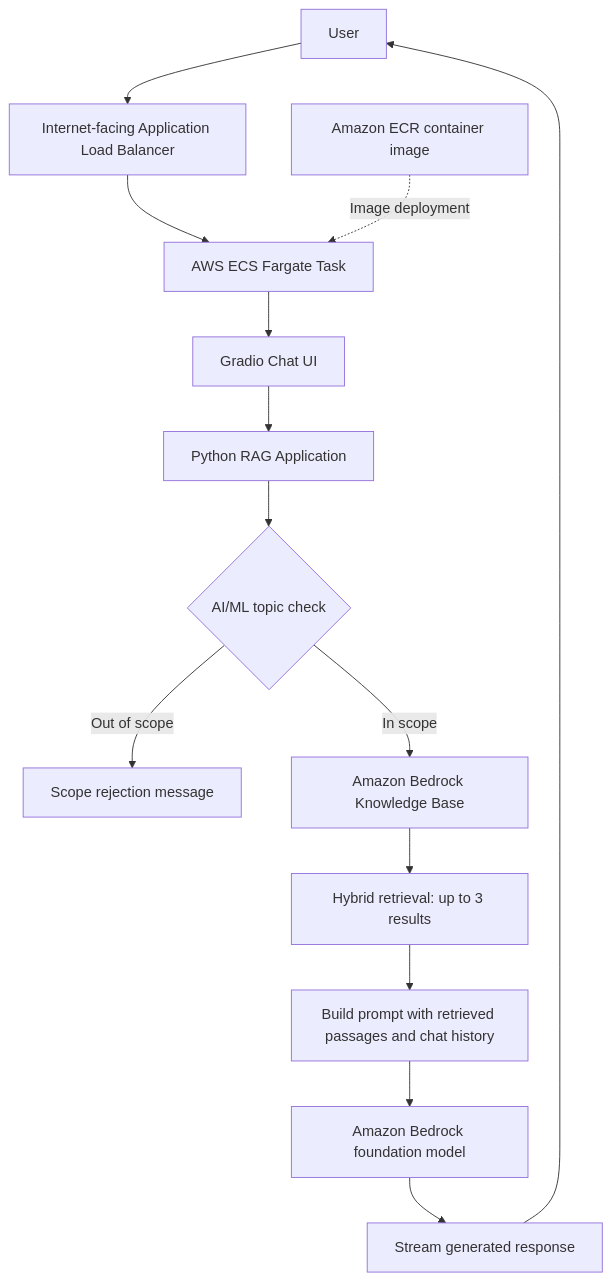
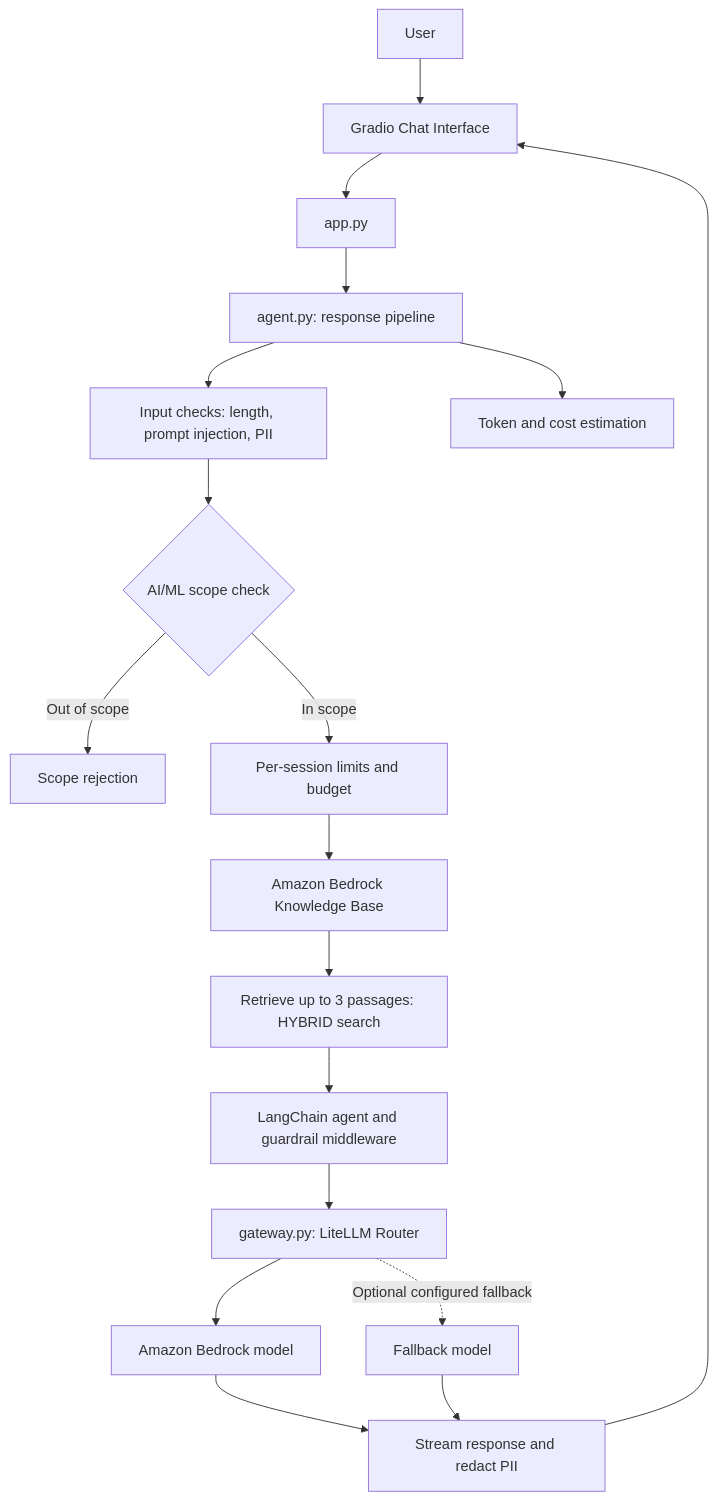
The diagram in README.md (utkarshsingh171/aws_production_ready_rag), drawn with Mermaid before and after one commit. The commit also changed other lines of this file, not shown here.

````diff
--- a/README.md
+++ b/README.md
@@ -21,16 +21,20 @@
 ```mermaid
 flowchart TD
-    U[User] --> ALB[Internet-facing Application Load Balancer]
-    ALB --> ECS[AWS ECS Fargate Task]
-    ECS --> G[Gradio Chat UI]
-    G --> A[Python RAG Application]
-    A --> S{AI/ML topic check}
-    S -- Out of scope --> R[Scope rejection message]
-    S -- In scope --> KB[Amazon Bedrock Knowledge Base]
-    KB --> V[Hybrid retrieval: up to 3 results]
-    V --> P[Build prompt with retrieved passages and chat history]
-    P --> L[Amazon Bedrock foundation model]
-    L --> ST[Stream generated response]
-    ST --> U
-    ECR[Amazon ECR container image] -. Image deployment .-> ECS
+    U[User] --> UI[Gradio Chat Interface]
+    UI --> APP[app.py]
+    APP --> AG[agent.py: response pipeline]
+    AG --> IG[Input checks: length, prompt injection, PII]
+    IG --> SC{AI/ML scope check}
+    SC -- Out of scope --> REJ[Scope rejection]
+    SC -- In scope --> LIM[Per-session limits and budget]
+    LIM --> KB[Amazon Bedrock Knowledge Base]
+    KB --> RET[Retrieve up to 3 passages: HYBRID search]
+    RET --> LC[LangChain agent and guardrail middleware]
+    LC --> GW[gateway.py: LiteLLM Router]
+    GW --> BM[Amazon Bedrock model]
+    GW -. Optional configured fallback .-> FB[Fallback model]
+    BM --> SR[Stream response and redact PII]
+    FB --> SR
+    SR --> UI
+    AG --> USG[Token and cost estimation]
 ```
````
